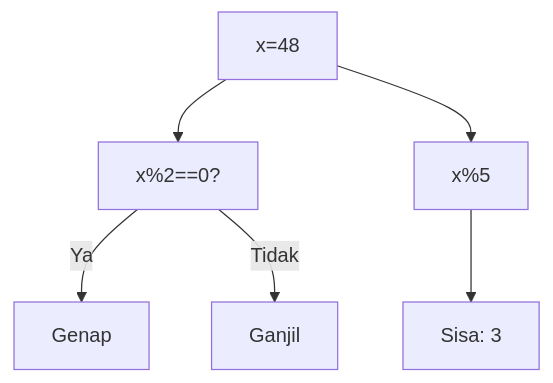
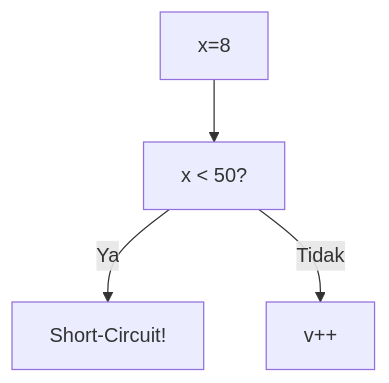
Before and after one commit to amnahwaida/OSNK_INF_PREP: diagram 17 of 25 in part-c-pemahaman-cpp/02-percabangan/latihan/set-07.md, drawn with Mermaid. The commit also changed other lines of this file and 71 other files, not shown here.

````diff
--- a/part-c-pemahaman-cpp/02-percabangan/latihan/set-07.md
+++ b/part-c-pemahaman-cpp/02-percabangan/latihan/set-07.md
@@ -528,8 +472,6 @@
 ```mermaid
 graph TD
-A["x=48"] --> B["x%2==0?"]
-B -- Ya --> C["Genap"]
-B -- Tidak --> D["Ganjil"]
-A --> E["x%5"]
-E --> F["Sisa: 3"]
+A["x=8"] --> B["x < 50?"]
+B -- Ya --> C["Short-Circuit!"]
+B -- Tidak --> D["v++"]
 ```
````
